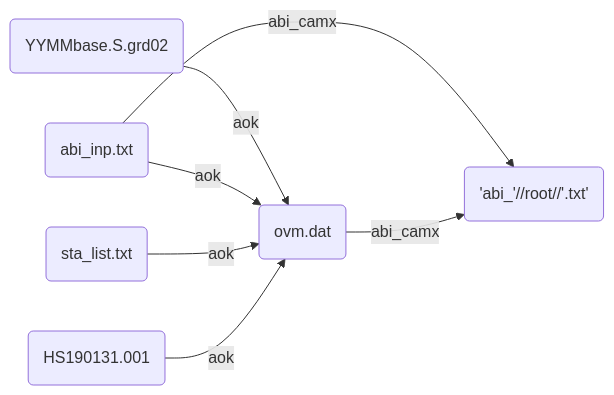
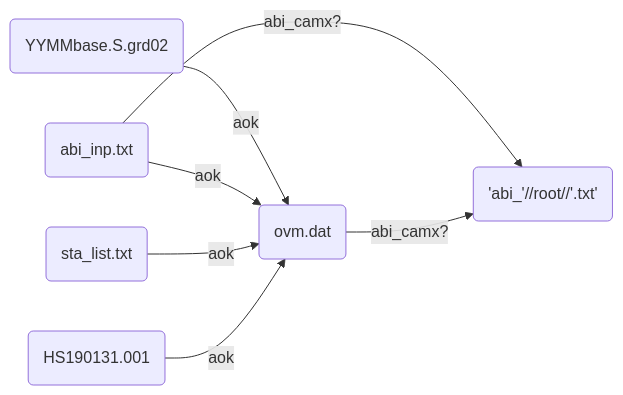
Before and after one commit to sinotec2/FAQ: the second of 2 diagrams in _posts/2022-07-20-aok.md, drawn with Mermaid. The commit also changed other lines of this file, not shown here.

````diff
--- a/_posts/2022-07-20-aok.md
+++ b/_posts/2022-07-20-aok.md
@@ -33,15 +33,15 @@
 ```mermaid
 graph LR
     A(YYMMbase.S.grd02)
     B(abi_inp.txt)
     C(ovm.dat)
     D('abi_'//root//'.txt')
     E(sta_list.txt)
     F(HS190131.001)
     A -- aok --> C
     B -- aok --> C
     E -- aok --> C
     F -- aok --> C
-    B -- abi_camx --> D
-    C -- abi_camx --> D
+    B -- abi_camx? --> D
+    C -- abi_camx? --> D
 ```
````
